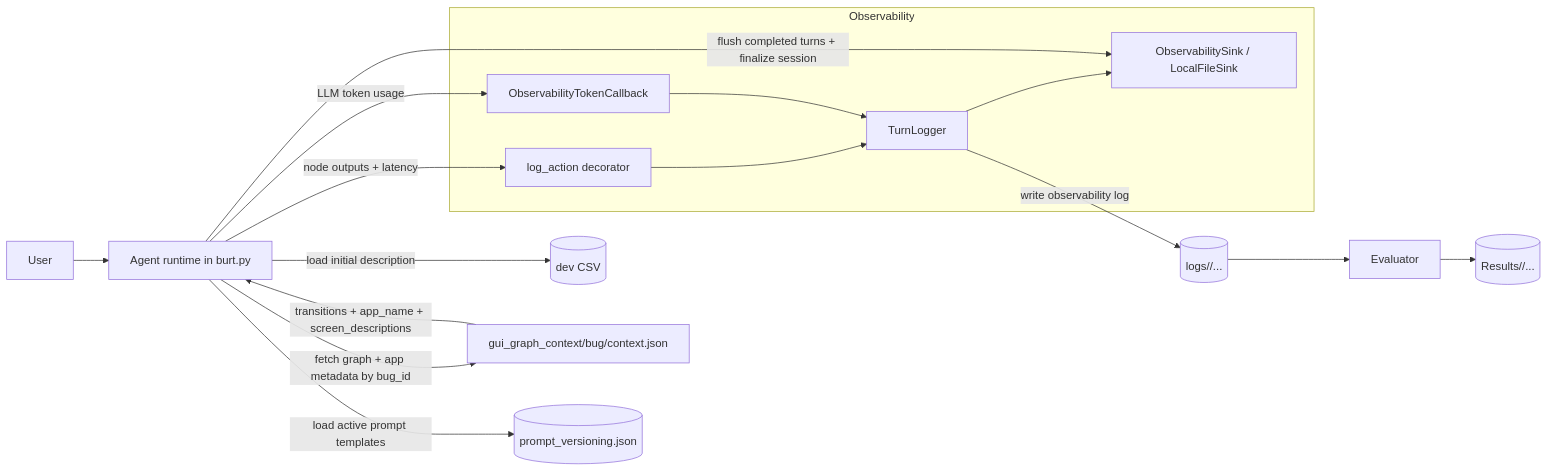
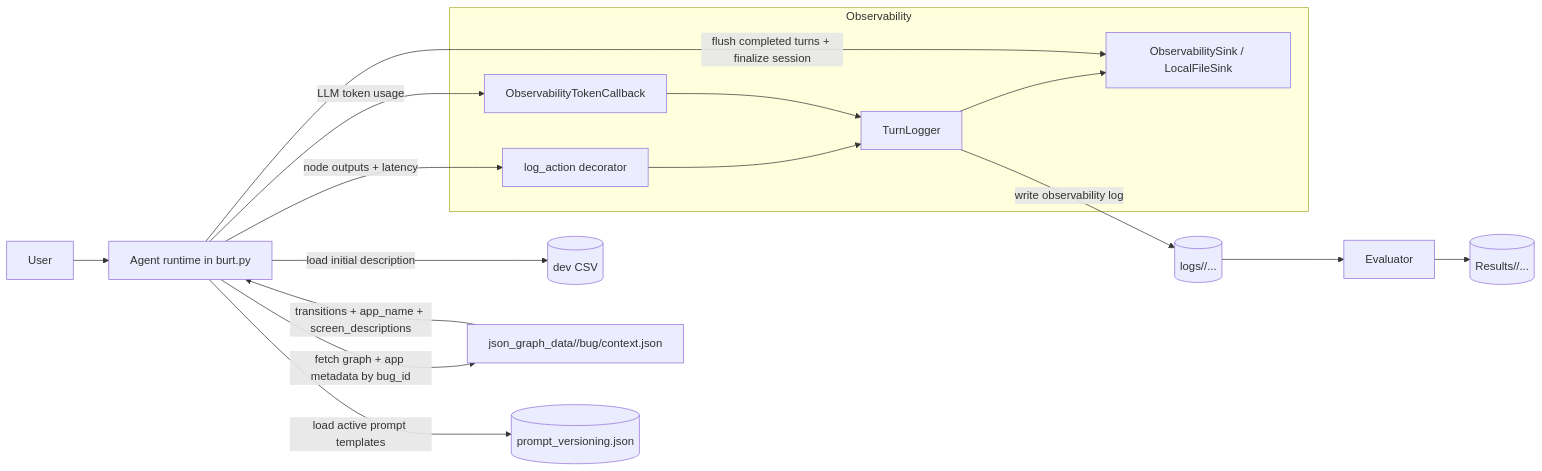
The first of 2 diagrams in ARCHITECTURE.md (sea-lab-wm/agentic_burt), drawn with Mermaid before and after one commit. The commit also changed other lines of this file and 18 other files, not shown here.

Commit message:
refactor: dynamic json graph data use

````diff
--- a/ARCHITECTURE.md
+++ b/ARCHITECTURE.md
@@ -7,26 +7,26 @@
 ```mermaid
 flowchart LR
     U[User] --> A[Agent runtime in burt.py]
     A -->|load initial description| CSV[(dev CSV)]
-    A -->|fetch graph + app metadata by bug_id| GC[gui_graph_context/bug<id>/context.json]
+    A -->|fetch graph + app metadata by bug_id| GC[json_graph_data/<DATASET>/bug<id>/context.json]
     GC -->|transitions + app_name + screen_descriptions| A
     A -->|load active prompt templates| PV[(prompt_versioning.json)]
     L2 -->|write observability log| LOGS[(logs/<PROMPT_VERSION>/...)]
 
     subgraph OBS[Observability]
       L1[log_action decorator]
       L2[TurnLogger]
       L3[ObservabilityTokenCallback]
       L4[ObservabilitySink / LocalFileSink]
       L1 --> L2
       L3 --> L2
       L2 --> L4
     end
 
     A -->|node outputs + latency| L1
     A -->|LLM token usage| L3
     A -->|flush completed turns + finalize session| L4
 
     LOGS --> E[Evaluator]
     E --> R[(Results/<agent_version>/...)]
 ```
````
